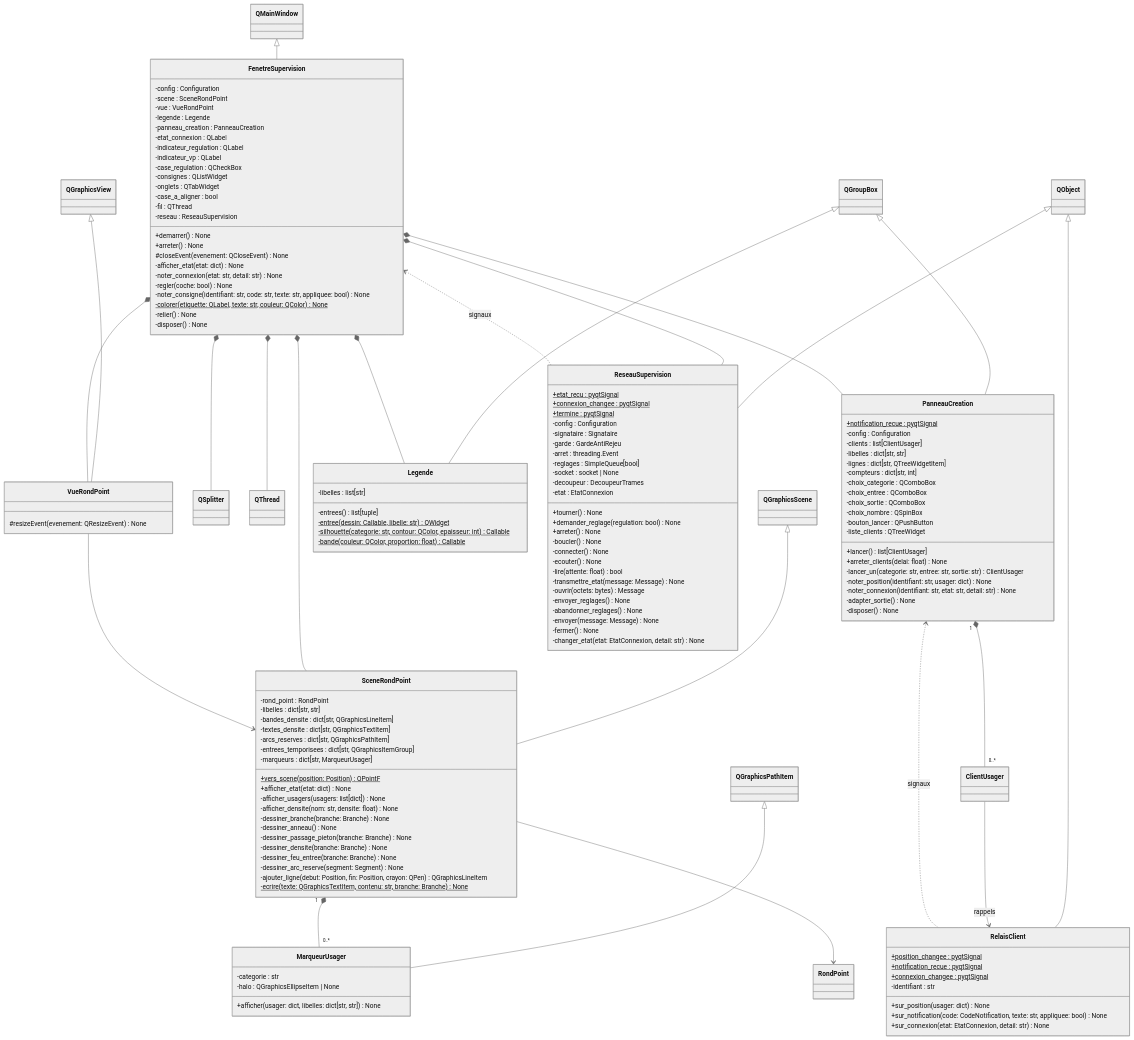
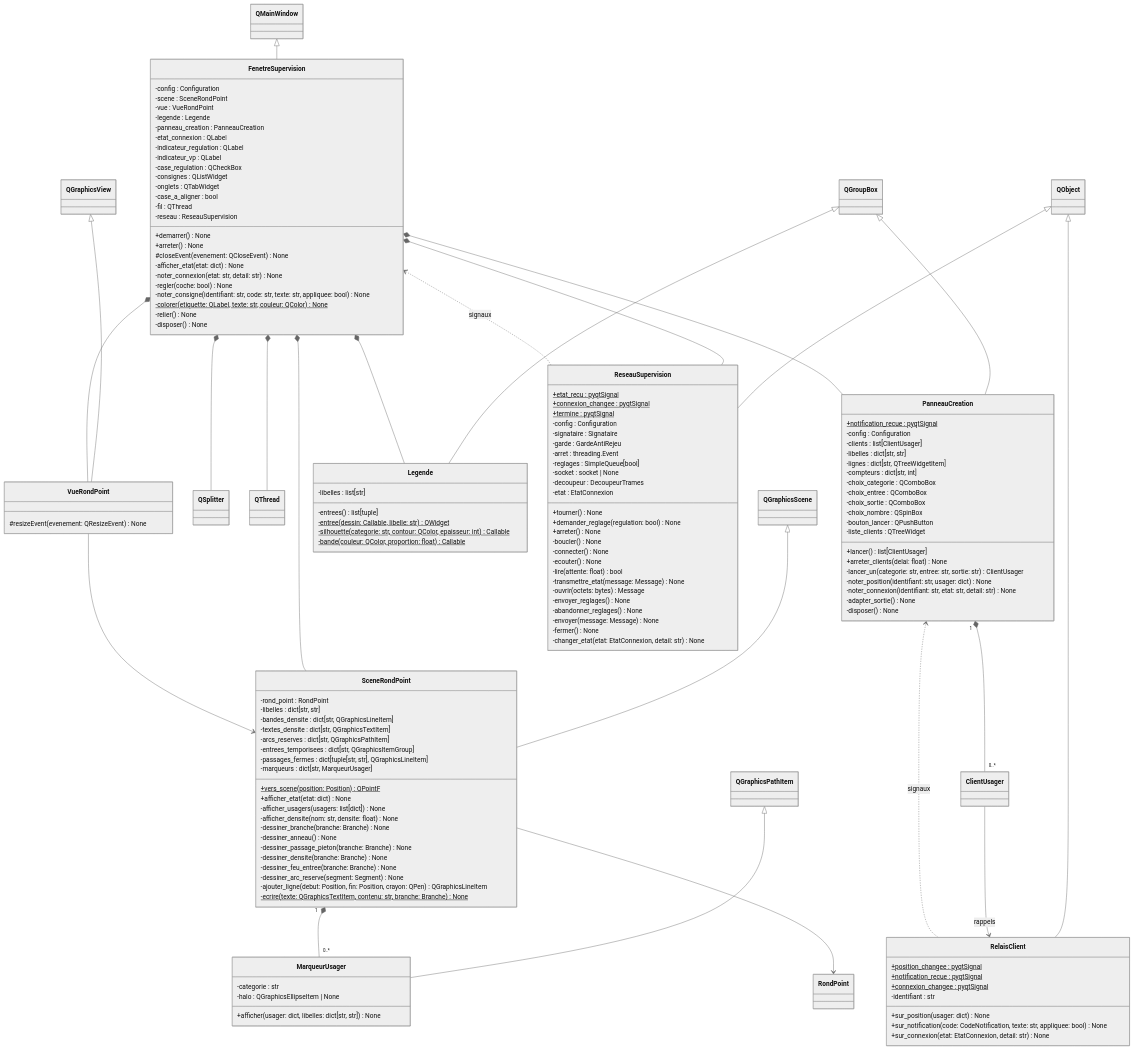
One commit to vRayzix/SAE3.02_Developper-une-application-communicante changed diagram 11 of 12 in docs/uml.md. Above: the diagram before and after it, drawn with Mermaid (neutral theme). The commit also changed other lines of this file and 1 other file, not shown here.

Commit message:
docs(uml): tour d'entrée, demi-chaussées fermées et distance de sécurité par catégorie

```diff
--- a/docs/uml.md
+++ b/docs/uml.md
@@ -748,6 +766,7 @@
         -textes_densite : dict[str, QGraphicsTextItem]
         -arcs_reserves : dict[str, QGraphicsPathItem]
         -entrees_temporisees : dict[str, QGraphicsItemGroup]
+        -passages_fermes : dict[tuple[str, str], QGraphicsLineItem]
         -marqueurs : dict[str, MarqueurUsager]
         +vers_scene(position: Position) QPointF$
         +afficher_etat(etat: dict) None
```
